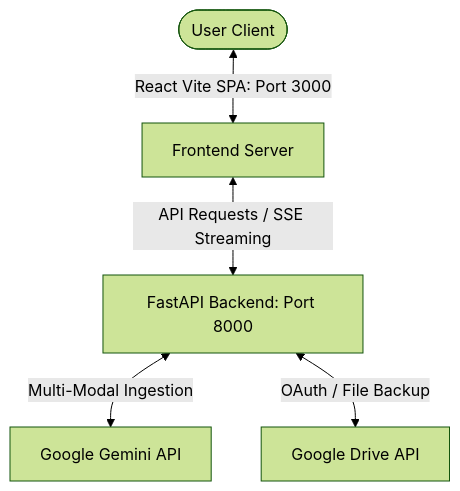
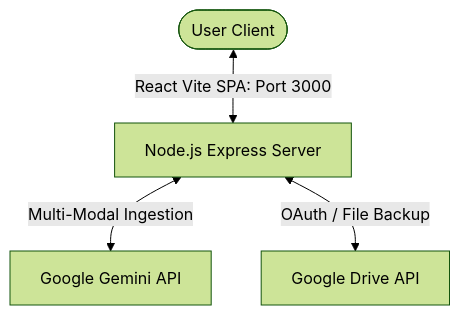
One commit to Kush6t9/DocMind.AI changed the diagram in README.md. Above: the diagram before and after it, drawn with Mermaid (forest theme). The commit also changed other lines of this file and 11 other files, not shown here.

````diff
--- a/README.md
+++ b/README.md
@@ -23,7 +23,6 @@
 ```mermaid
 graph TD
-    User([User Client]) <-->|React Vite SPA: Port 3000| FE[Frontend Server]
-    FE <-->|API Requests / SSE Streaming| BE[FastAPI Backend: Port 8000]
-    BE <-->|Multi-Modal Ingestion| Gemini[Google Gemini API]
-    BE <-->|OAuth / File Backup| GDrive[Google Drive API]
+    User([User Client]) <-->|React Vite SPA: Port 3000| Server[Node.js Express Server]
+    Server <-->|Multi-Modal Ingestion| Gemini[Google Gemini API]
+    Server <-->|OAuth / File Backup| GDrive[Google Drive API]
 ```
````
